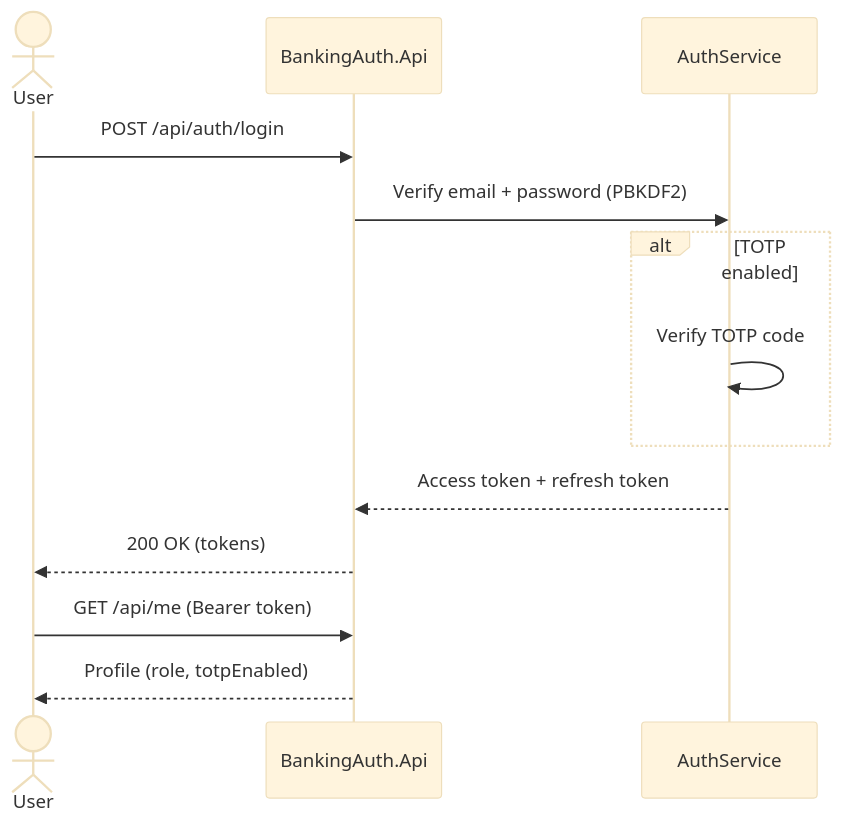
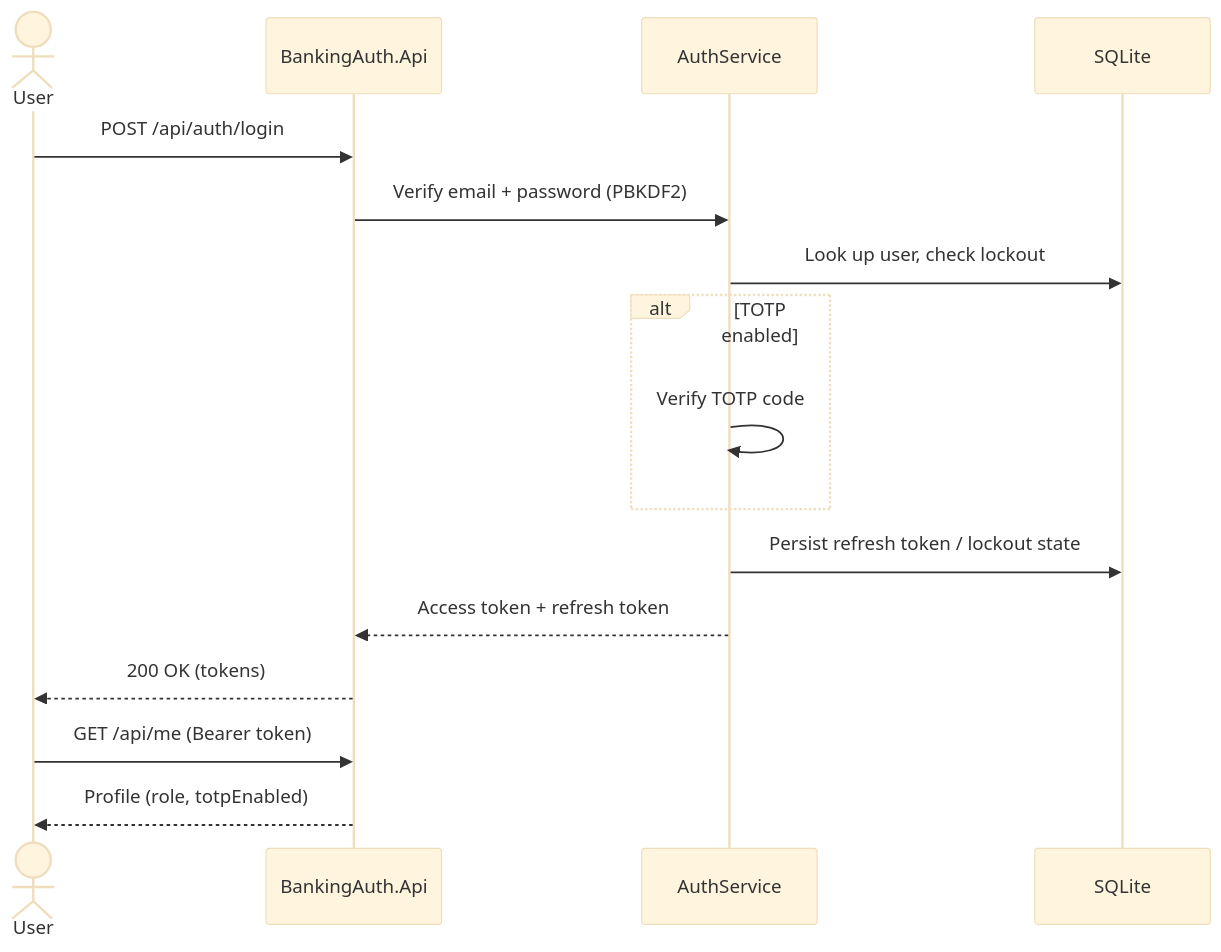
One commit to Dedmoo/banking-auth-service changed the second of 3 diagrams in README.md. Above: the diagram before and after it, drawn with Mermaid (base theme). The commit also changed other lines of this file and 18 other files, not shown here.

````diff
--- a/README.md
+++ b/README.md
@@ -25,15 +30,18 @@
 ```mermaid
 sequenceDiagram
     actor User
     participant API as BankingAuth.Api
     participant Svc as AuthService
+    participant DB as SQLite
     User->>API: POST /api/auth/login
     API->>Svc: Verify email + password (PBKDF2)
+    Svc->>DB: Look up user, check lockout
     alt TOTP enabled
         Svc->>Svc: Verify TOTP code
     end
+    Svc->>DB: Persist refresh token / lockout state
     Svc-->>API: Access token + refresh token
     API-->>User: 200 OK (tokens)
     User->>API: GET /api/me (Bearer token)
     API-->>User: Profile (role, totpEnabled)
 ```
````
